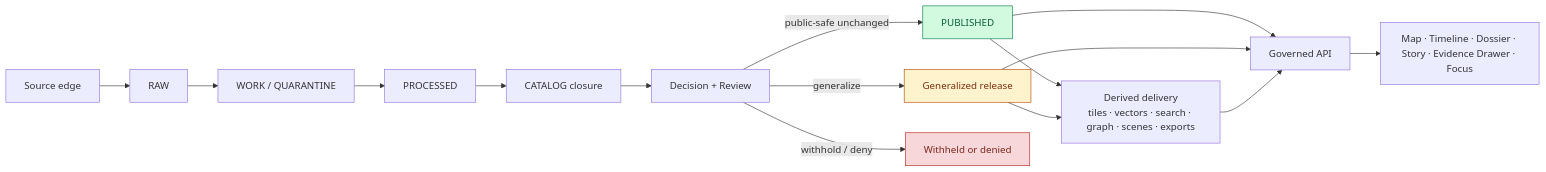
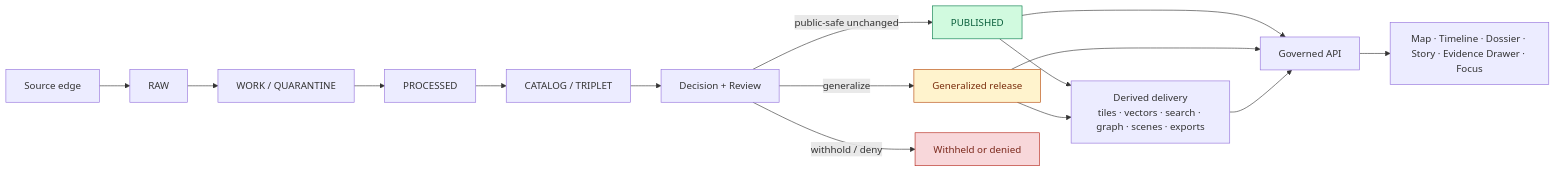
Before and after one commit to bartytime4life/Kansas-Frontier-Matrix: the diagram in docs/governance/SOVEREIGNTY.md, drawn with Mermaid. The commit also changed other lines of this file, not shown here.

````diff
--- a/docs/governance/SOVEREIGNTY.md
+++ b/docs/governance/SOVEREIGNTY.md
@@ -121,24 +162,24 @@
 ```mermaid
 flowchart LR
     A[Source edge] --> B[RAW]
     B --> C[WORK / QUARANTINE]
     C --> D[PROCESSED]
-    D --> E[CATALOG closure]
+    D --> E[CATALOG / TRIPLET]
     E --> F[Decision + Review]
     F -->|public-safe unchanged| G[PUBLISHED]
     F -->|generalize| H[Generalized release]
     F -->|withhold / deny| I[Withheld or denied]
 
     G --> J[Governed API]
     H --> J
 
     G --> K[Derived delivery<br/>tiles · vectors · search · graph · scenes · exports]
     H --> K
 
     J --> L[Map · Timeline · Dossier · Story · Evidence Drawer · Focus]
     K --> J
 
     style I fill:#f8d7da,stroke:#b42318,color:#7a271a
     style H fill:#fff3cd,stroke:#b54708,color:#7a2e0e
     style G fill:#d1fadf,stroke:#027a48,color:#085d3a
 ```
````
